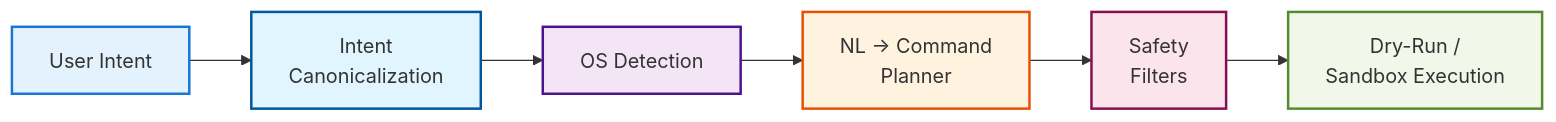
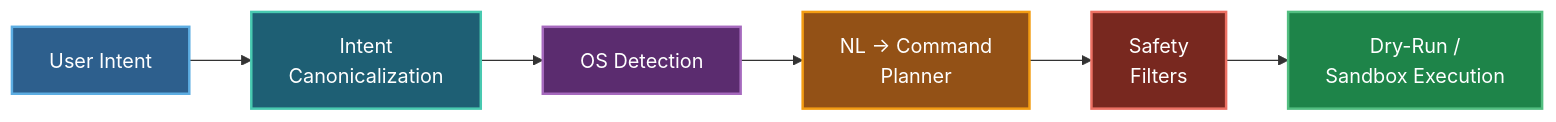
Before and after one commit to sumit-s-nair/contAIner: the diagram in README.md, drawn with Mermaid. The commit also changed 2 other files, not shown here.

Commit message:
docs: update architecture diagrams with new color scheme

````diff
--- a/README.md
+++ b/README.md
@@ -38,18 +38,18 @@
 ```mermaid
 flowchart LR
     Input["User Intent"]
     Canon["Intent\nCanonicalization"]
     OS["OS Detection"]
     Planner["NL → Command\nPlanner"]
     Safety["Safety\nFilters"]
     Exec["Dry-Run /\nSandbox Execution"]
     
     Input --> Canon --> OS --> Planner --> Safety --> Exec
     
-    style Input fill:#e3f2fd,stroke:#1976d2,stroke-width:2px
-    style Canon fill:#e1f5fe,stroke:#01579b,stroke-width:2px
-    style OS fill:#f3e5f5,stroke:#4a148c,stroke-width:2px
-    style Planner fill:#fff3e0,stroke:#e65100,stroke-width:2px
-    style Safety fill:#fce4ec,stroke:#880e4f,stroke-width:2px
-    style Exec fill:#f1f8e9,stroke:#558b2f,stroke-width:2px
+    style Input fill:#2d5f8d,stroke:#5dade2,stroke-width:2px,color:#fff
+    style Canon fill:#1e5f74,stroke:#48c9b0,stroke-width:2px,color:#fff
+    style OS fill:#5b2c6f,stroke:#a569bd,stroke-width:2px,color:#fff
+    style Planner fill:#935116,stroke:#f39c12,stroke-width:2px,color:#fff
+    style Safety fill:#78281f,stroke:#ec7063,stroke-width:2px,color:#fff
+    style Exec fill:#1e8449,stroke:#52be80,stroke-width:2px,color:#fff
 ```  
````
